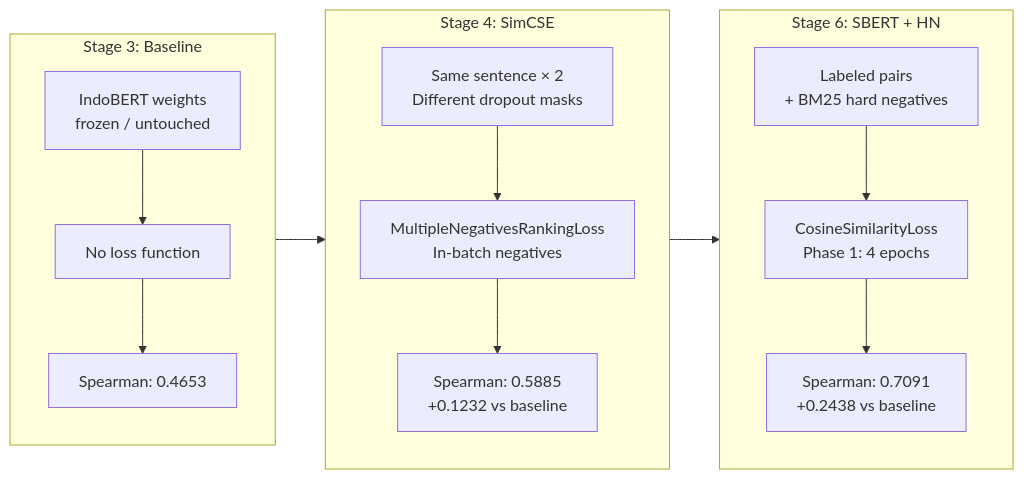
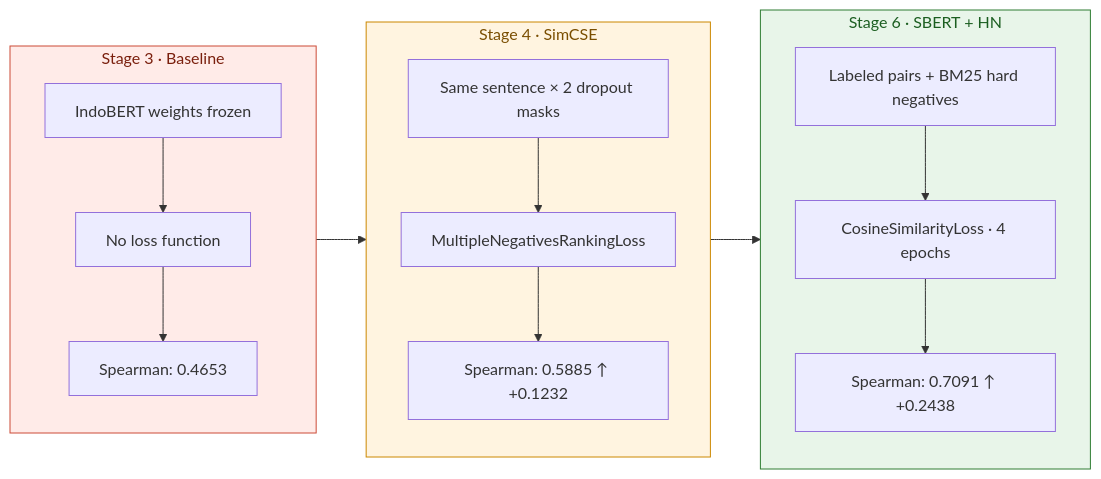
The third of 6 diagrams in README.md (f4tahitsYours/indonesian-sts-embeddings), drawn with Mermaid before and after one commit. The commit also changed other lines of this file, not shown here.

Commit message:
Update section headings and improve diagrams in README

````diff
--- a/README.md
+++ b/README.md
@@ -179,28 +195,32 @@
 ```mermaid
 flowchart LR
-    subgraph BL["Stage 3: Baseline"]
+    subgraph BL["Stage 3 · Baseline"]
         direction TB
-        b1[IndoBERT weights\nfrozen / untouched]
-        b2[No loss function]
-        b3[Spearman: 0.4653]
+        b1["IndoBERT weights frozen"]
+        b2["No loss function"]
+        b3["Spearman: 0.4653"]
         b1 --> b2 --> b3
     end
 
-    subgraph SC["Stage 4: SimCSE"]
+    subgraph SC["Stage 4 · SimCSE"]
         direction TB
-        s1[Same sentence × 2\nDifferent dropout masks]
-        s2[MultipleNegativesRankingLoss\nIn-batch negatives]
-        s3[Spearman: 0.5885\n+0.1232 vs baseline]
+        s1["Same sentence × 2 dropout masks"]
+        s2["MultipleNegativesRankingLoss"]
+        s3["Spearman: 0.5885 ↑ +0.1232"]
         s1 --> s2 --> s3
     end
 
-    subgraph SB["Stage 6: SBERT + HN"]
+    subgraph SB["Stage 6 · SBERT + HN"]
         direction TB
-        k1[Labeled pairs\n+ BM25 hard negatives]
-        k2[CosineSimilarityLoss\nPhase 1: 4 epochs]
-        k3[Spearman: 0.7091\n+0.2438 vs baseline]
+        k1["Labeled pairs + BM25 hard negatives"]
+        k2["CosineSimilarityLoss · 4 epochs"]
+        k3["Spearman: 0.7091 ↑ +0.2438"]
         k1 --> k2 --> k3
     end
 
     BL --> SC --> SB
+
+    style BL fill:#FFEBE8,stroke:#CC4B37,color:#7A1F0D
+    style SC fill:#FFF4E0,stroke:#CC8800,color:#7A4E00
+    style SB fill:#E8F5E9,stroke:#2E7D32,color:#1B5E20
 ```
````
